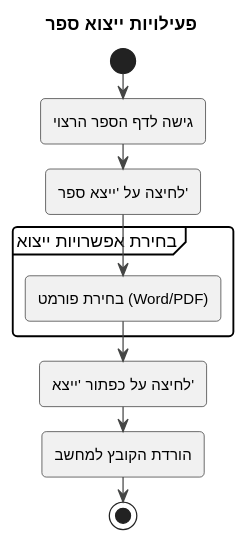
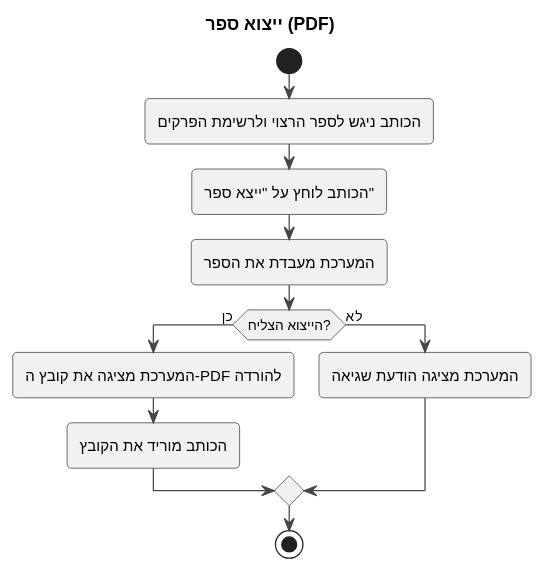
One commit to Arado3333/PageByPage_Israel_Arad changed the diagram in UML/Activity/Writer/WR-UC-06.puml. Above: the diagram before and after it, drawn with PlantUML. The commit also changed 9 other files, not shown here.

```diff
--- a/UML/Activity/Writer/WR-UC-06.puml
+++ b/UML/Activity/Writer/WR-UC-06.puml
@@ -1,19 +1,20 @@
 @startuml
 !theme vibrant
 
-title פעילויות ייצוא ספר
+title "ייצוא ספר (PDF)"
 
 start
-:גישה לדף הספר הרצוי;
-:לחיצה על 'ייצא ספר';
+:הכותב ניגש לספר הרצוי ולרשימת הפרקים;
+:הכותב לוחץ על "ייצא ספר";
+:המערכת מעבדת את הספר;
 
-partition "בחירת אפשרויות ייצוא" {
-  :בחירת פורמט (Word/PDF);
-}
-
-:לחיצה על כפתור 'ייצא';
-:הורדת הקובץ למחשב;
+if (הייצוא הצליח?) then (כן)
+  :המערכת מציגה את קובץ ה-PDF להורדה;
+  :הכותב מוריד את הקובץ;
+else (לא)
+  :המערכת מציגה הודעת שגיאה;
+endif
 
 stop
 
 @enduml
```
